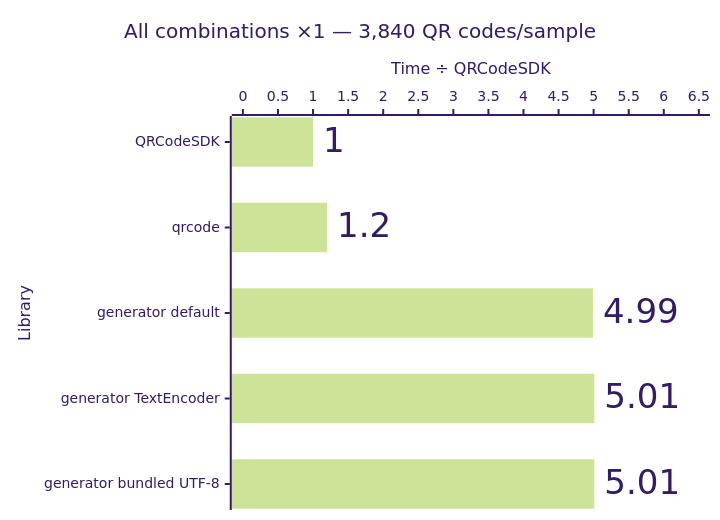
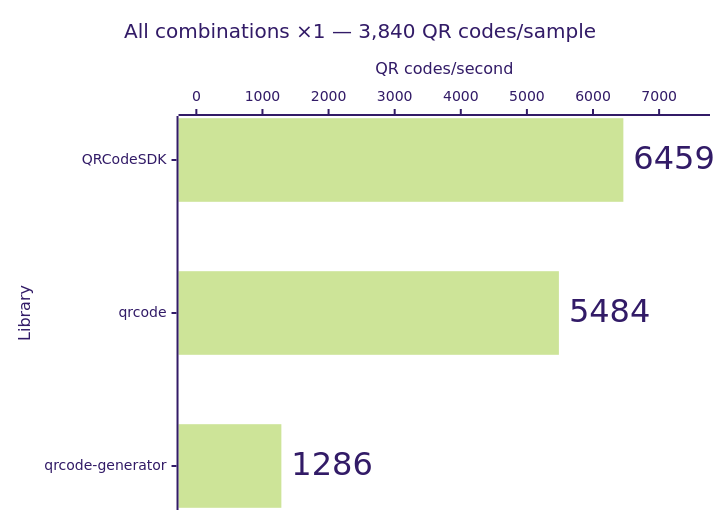
One commit to Dafnik/qrcodesdk changed the fourth of 14 diagrams in apps/docs/src/content/docs/learn/performance.md. Above: the diagram before and after it, drawn with Mermaid (forest theme). The commit also changed other lines of this file and 21 other files, not shown here.

````diff
--- a/apps/docs/src/content/docs/learn/performance.md
+++ b/apps/docs/src/content/docs/learn/performance.md
@@ -74,15 +77,15 @@
 ```mermaid
 ---
 config:
   xyChart:
     showDataLabel: true
     showDataLabelOutsideBar: true
 ---
 xychart horizontal
   accTitle: Matrix generation: All combinations ×1 — 3,840 QR codes/sample
-  accDescr: Relative median time compared with QRCodeSDK. QRCodeSDK 1.00 times, qrcode 1.20 times, generator default 4.99 times, generator TextEncoder 5.01 times, generator bundled UTF-8 5.01 times. Lower is better.
+  accDescr: Throughput calculated from median time. QRCodeSDK 6,459 QR codes per second, qrcode 5,484 QR codes per second, qrcode-generator 1,286 QR codes per second. Higher is better.
   title "All combinations ×1 — 3,840 QR codes/sample"
-  x-axis "Library" ["QRCodeSDK", "qrcode", "generator default", "generator TextEncoder", "generator bundled UTF-8"]
-  y-axis "Time ÷ QRCodeSDK" 0 --> 6.5
-  bar [1.00, 1.20, 4.99, 5.01, 5.01]
+  x-axis "Library" ["QRCodeSDK", "qrcode", "qrcode-generator"]
+  y-axis "QR codes/second" 0 --> 7500
+  bar [6459, 5484, 1286]
 ```
````
